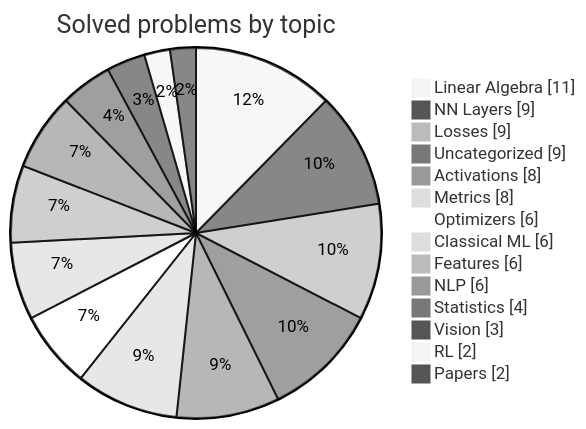
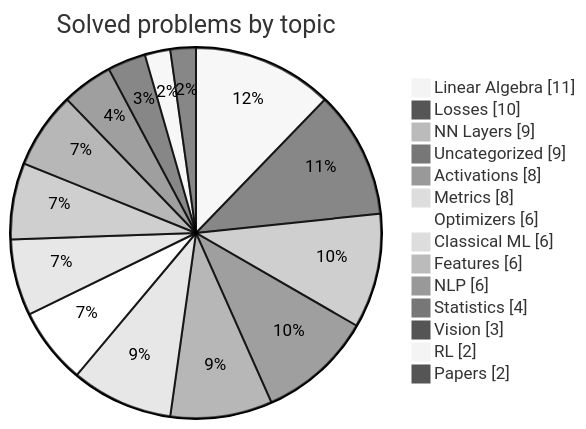
Before and after one commit to HarryTrn/TensorTonic-Solutions: the second of 2 diagrams in README.md, drawn with Mermaid (neutral theme). The commit also changed other lines of this file, not shown here.

````diff
--- a/README.md
+++ b/README.md
@@ -74,18 +74,18 @@
 ```mermaid
 pie showData
     title Solved problems by topic
     "Linear Algebra" : 11
+    "Losses" : 10
     "NN Layers" : 9
-    "Losses" : 9
     "Uncategorized" : 9
     "Activations" : 8
     "Metrics" : 8
     "Optimizers" : 6
     "Classical ML" : 6
     "Features" : 6
     "NLP" : 6
     "Statistics" : 4
     "Vision" : 3
     "RL" : 2
     "Papers" : 2
 ```
````
